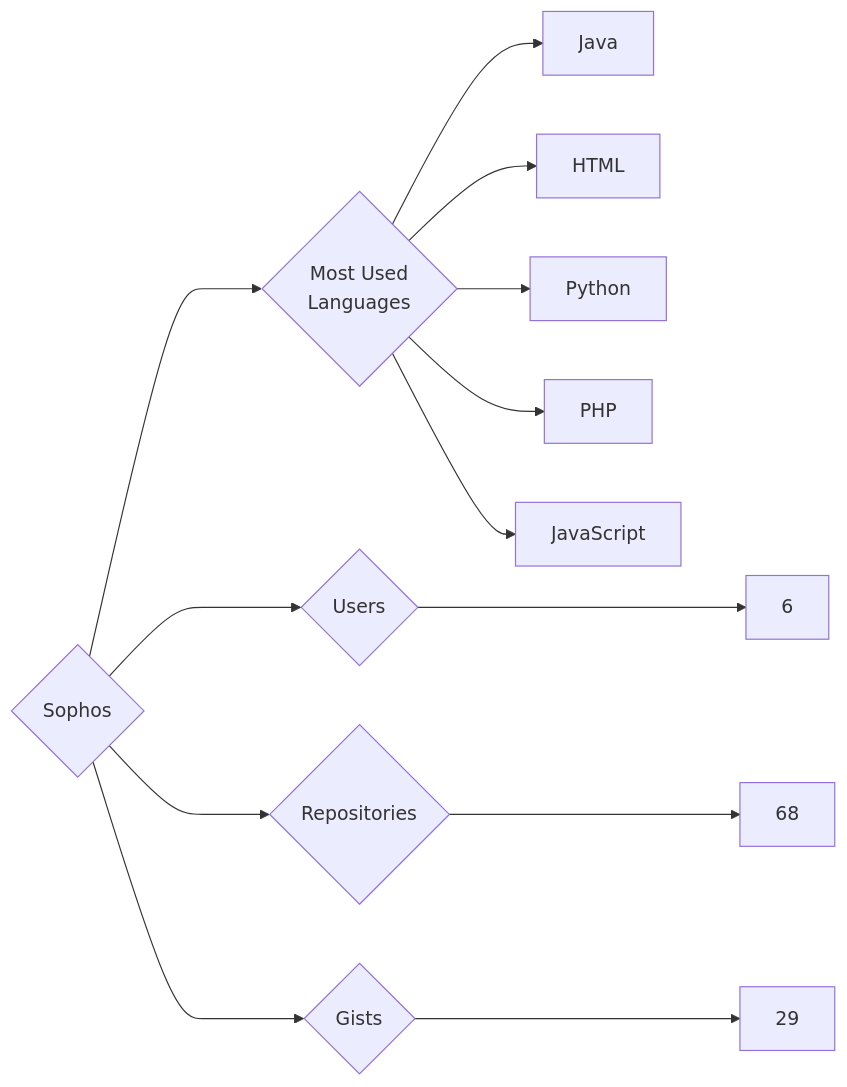
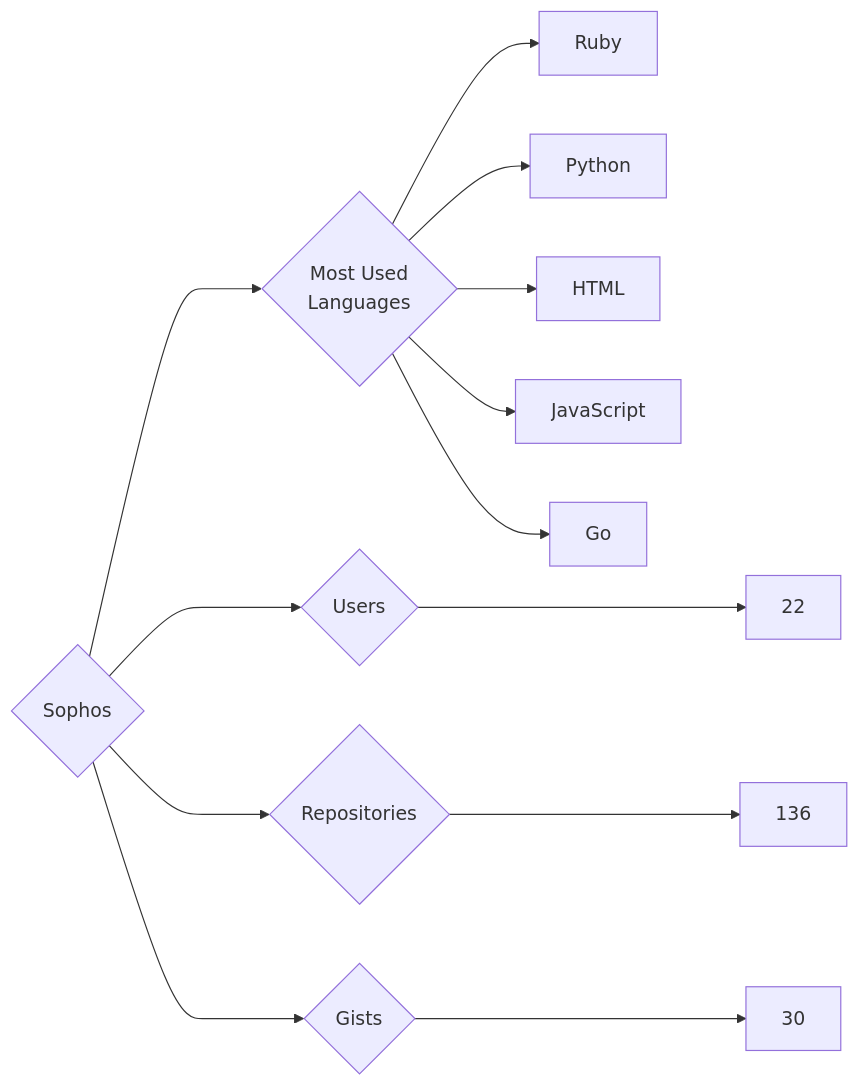
One commit to trickest/insiders changed the diagram in targets/Sophos/README.md. Above: the diagram before and after it, drawn with Mermaid. The commit also changed 1011 other files, not shown here.

````diff
--- a/targets/Sophos/README.md
+++ b/targets/Sophos/README.md
@@ -3,13 +3,13 @@
 ```mermaid
 graph LR
 COMPANY_NAME{Sophos}
-COMPANY_NAME ---> U{Users} ---> UN[6]
-COMPANY_NAME ---> R{Repositories} ---> RN[68]
-COMPANY_NAME ---> G{Gists} ---> GN[29]
+COMPANY_NAME ---> U{Users} ---> UN[22]
+COMPANY_NAME ---> R{Repositories} ---> RN[136]
+COMPANY_NAME ---> G{Gists} ---> GN[30]
 COMPANY_NAME ---> ML{Most Used<br>Languages}
-ML --> Java[Java]
+ML --> Ruby[Ruby]
+ML --> Python[Python]
 ML --> HTML[HTML]
-ML --> Python[Python]
-ML --> PHP[PHP]
 ML --> JavaScript[JavaScript]
+ML --> Go[Go]
 ```
````
